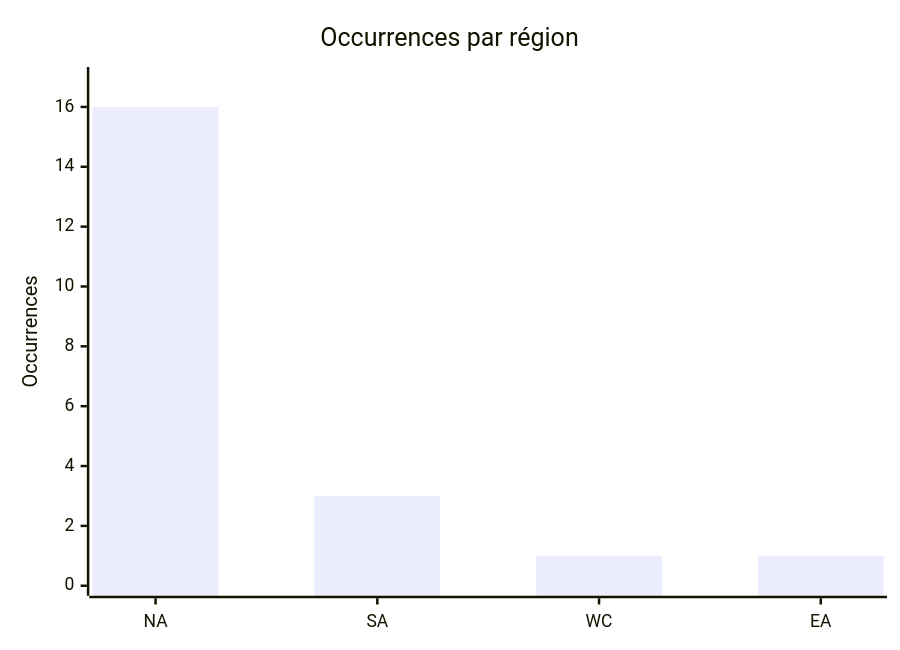
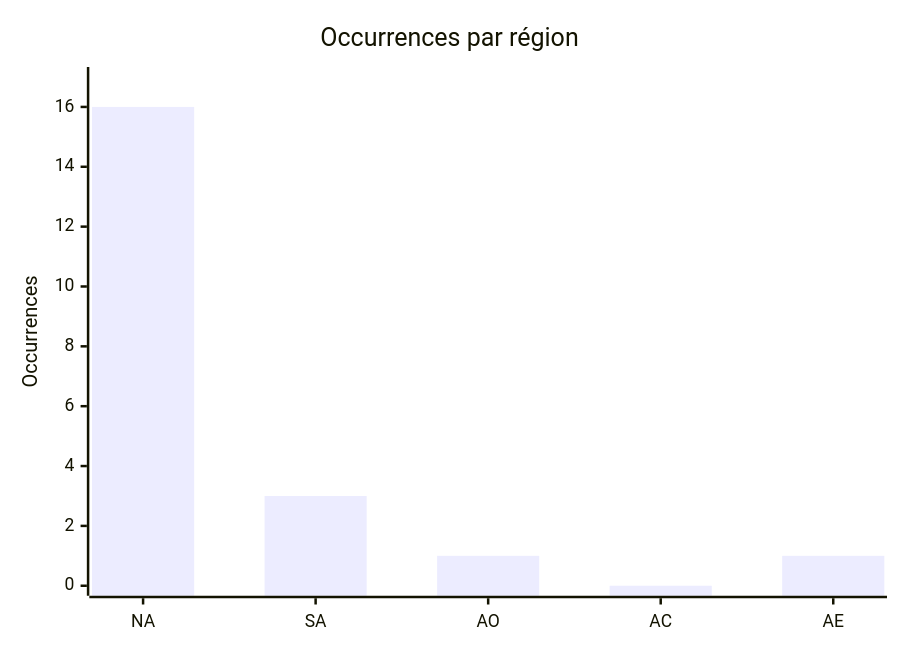
The fourth of 6 diagrams in CyberAttackAfrica/2025/06-june/README_FR.md (Hatchepsoute/AFRINTEL), drawn with Mermaid before and after one commit. The commit also changed other lines of this file and 109 other files, not shown here.

````diff
--- a/CyberAttackAfrica/2025/06-june/README_FR.md
+++ b/CyberAttackAfrica/2025/06-june/README_FR.md
@@ -140,7 +141,7 @@
 ```mermaid
 xychart
     title "Occurrences par région"
-    x-axis ["NA","SA","WC","EA"]
+    x-axis ["NA","SA","AO","AC","AE"]
     y-axis "Occurrences" 0 --> 17
-    bar [16,3,1,1]
+    bar [16,3,1,0,1]
 ```
````
